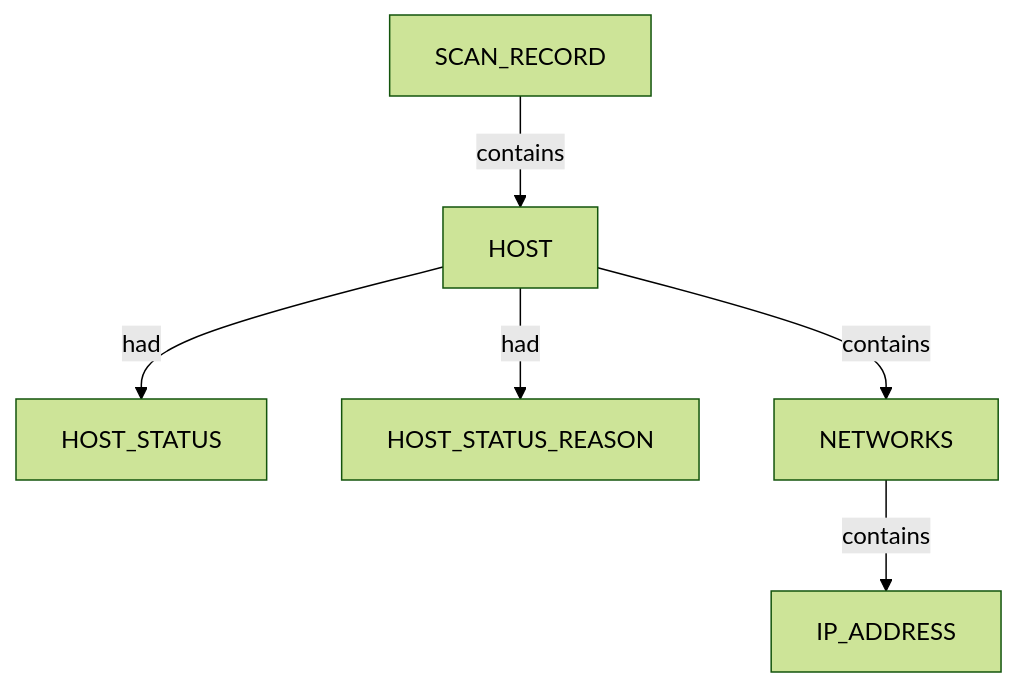
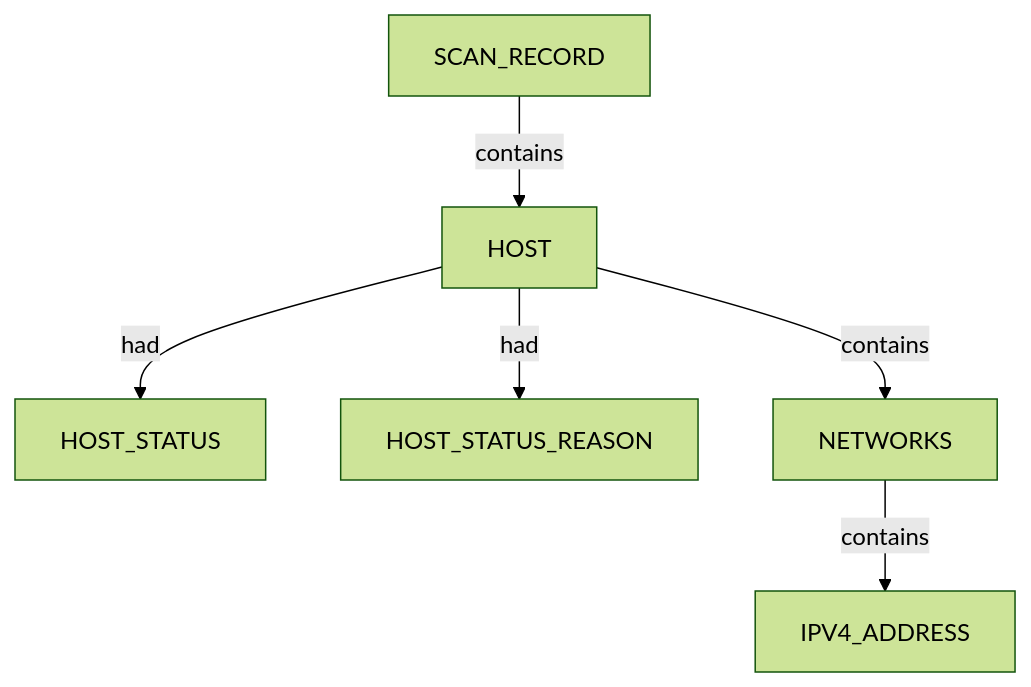
One commit to brettforbes/spiderfeet changed the second of 6 diagrams in modules_v2/content/nmap/graph_structure.md. Above: the diagram before and after it, drawn with Mermaid (forest theme). The commit also changed other lines of this file and 170 other files, not shown here.

````diff
--- a/modules_v2/content/nmap/graph_structure.md
+++ b/modules_v2/content/nmap/graph_structure.md
@@ -30,14 +30,14 @@
 ```mermaid
 flowchart TD
   scan_record_1["SCAN_RECORD"]
   host_2["HOST"]
   host_status_3["HOST_STATUS"]
   host_status_reason_4["HOST_STATUS_REASON"]
   networks_5["NETWORKS"]
-  ip_address_6["IP_ADDRESS"]
+  ip_address_6["IPV4_ADDRESS"]
   scan_record_1 -->|contains| host_2
   host_2 -->|had| host_status_3
   host_2 -->|had| host_status_reason_4
   host_2 -->|contains| networks_5
   networks_5 -->|contains| ip_address_6
 ```
````
